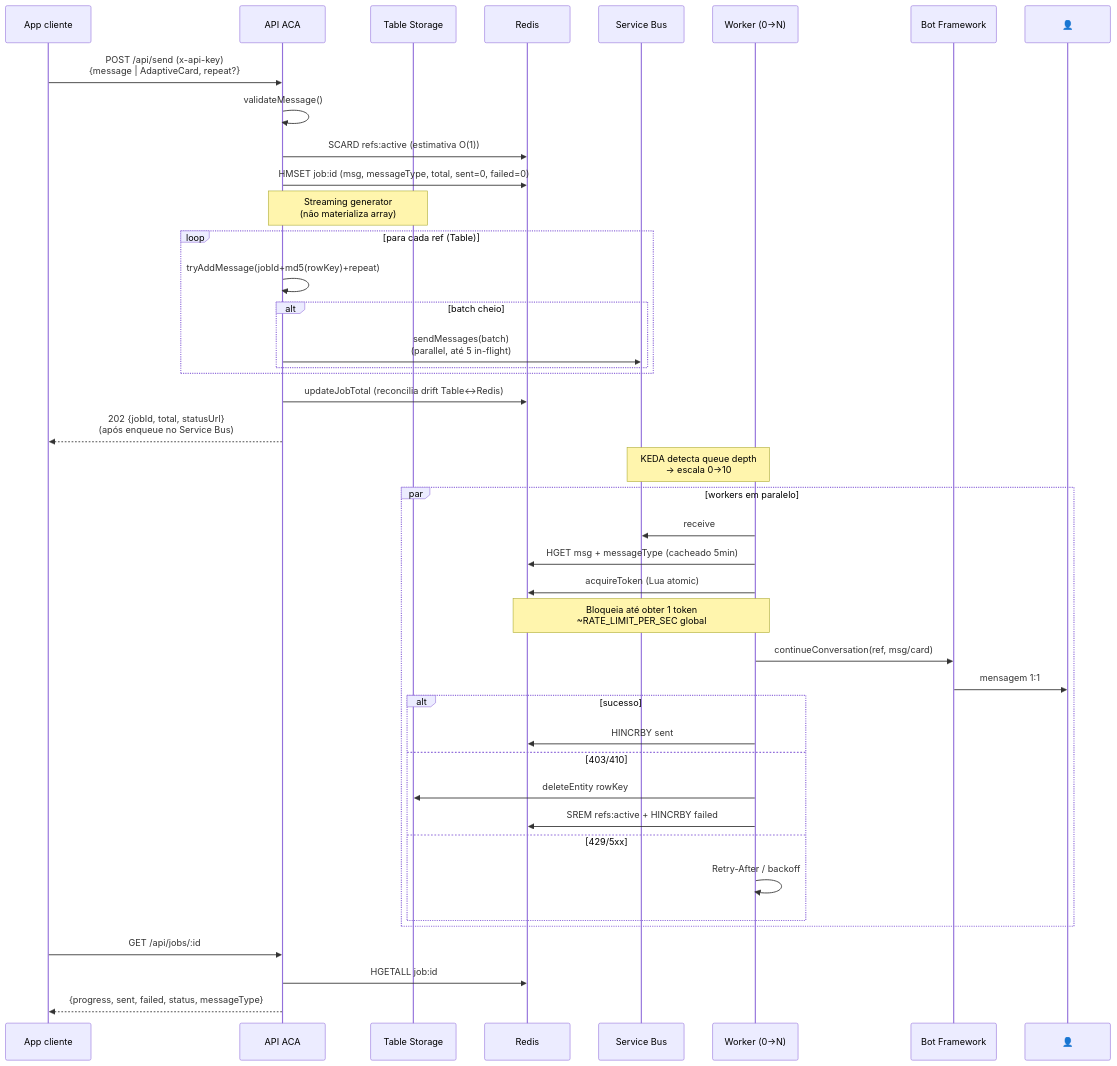
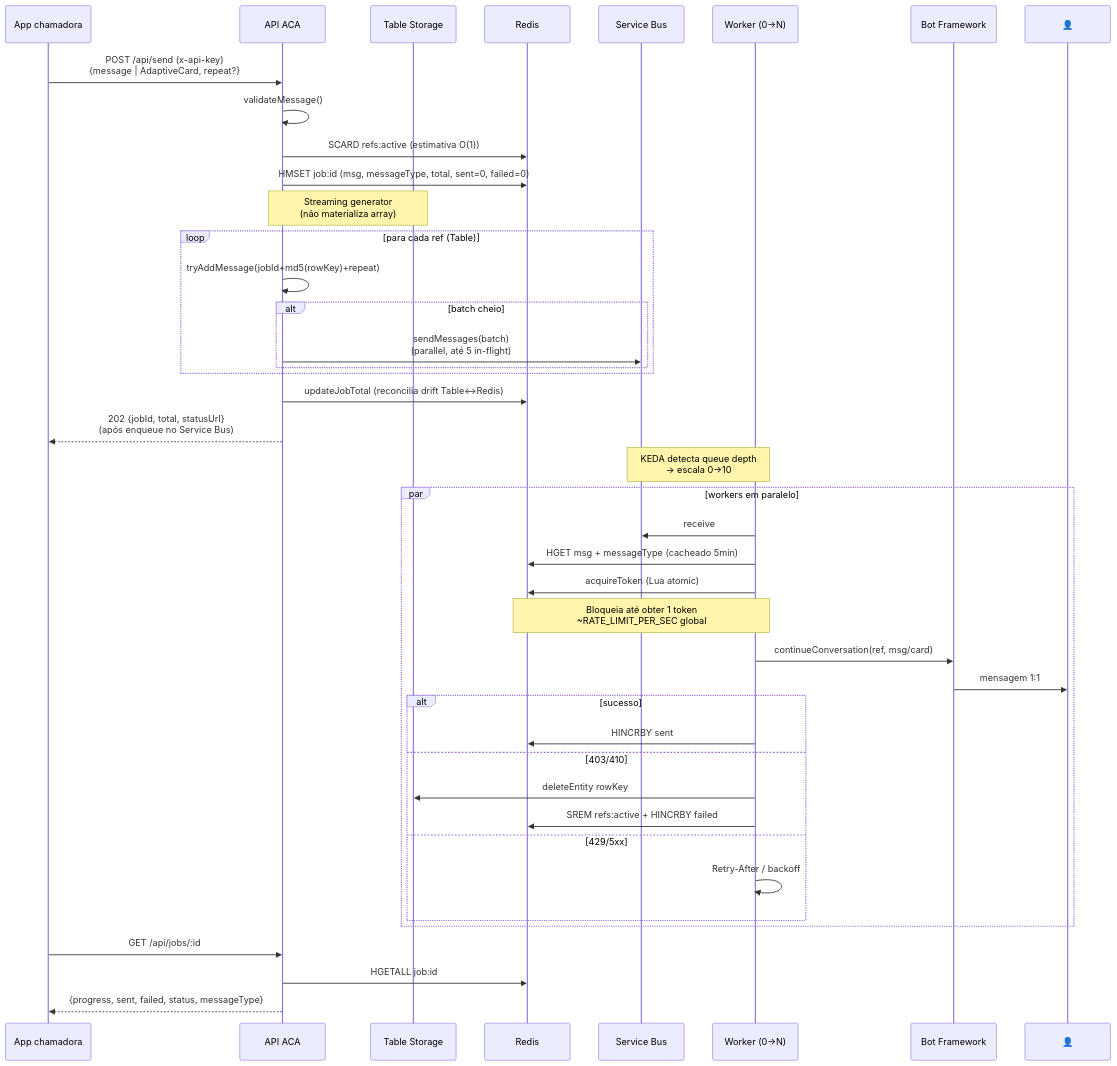
Before and after one commit to EdneiMonteiro/teams_msgs: the fourth of 6 diagrams in README.md, drawn with Mermaid. The commit also changed other lines of this file, not shown here.

First line of the commit message:
docs: remove benchmark ADR and roadmap sections

````diff
--- a/README.md
+++ b/README.md
@@ -184,48 +181,48 @@
 ```mermaid
 sequenceDiagram
-    participant Client as App cliente
+    participant Client as App chamadora
     participant API as API ACA
     participant Table as Table Storage
     participant Redis as Redis
     participant SB as Service Bus
     participant Worker as Worker (0→N)
     participant Bot as Bot Framework
     participant User as 👤
 
     Client->>API: POST /api/send (x-api-key)<br/>{message | AdaptiveCard, repeat?}
     API->>API: validateMessage()
     API->>Redis: SCARD refs:active (estimativa O(1))
     API->>Redis: HMSET job:id (msg, messageType, total, sent=0, failed=0)
     Note over API,Table: Streaming generator<br/>(não materializa array)
     loop para cada ref (Table)
         API->>API: tryAddMessage(jobId+md5(rowKey)+repeat)
         alt batch cheio
             API->>SB: sendMessages(batch)<br/>(parallel, até 5 in-flight)
         end
     end
     API->>Redis: updateJobTotal (reconcilia drift Table↔Redis)
     API-->>Client: 202 {jobId, total, statusUrl}<br/>(após enqueue no Service Bus)
 
     Note over SB,Worker: KEDA detecta queue depth<br/>→ escala 0→10
 
     par workers em paralelo
         Worker->>SB: receive
         Worker->>Redis: HGET msg + messageType (cacheado 5min)
         Worker->>Redis: acquireToken (Lua atomic)
         Note over Worker,Redis: Bloqueia até obter 1 token<br/>~RATE_LIMIT_PER_SEC global
         Worker->>Bot: continueConversation(ref, msg/card)
         Bot->>User: mensagem 1:1
         alt sucesso
             Worker->>Redis: HINCRBY sent
         else 403/410
             Worker->>Table: deleteEntity rowKey
             Worker->>Redis: SREM refs:active + HINCRBY failed
         else 429/5xx
             Worker->>Worker: Retry-After / backoff
         end
     end
 
     Client->>API: GET /api/jobs/:id
     API->>Redis: HGETALL job:id
     API-->>Client: {progress, sent, failed, status, messageType}
 ```
````
